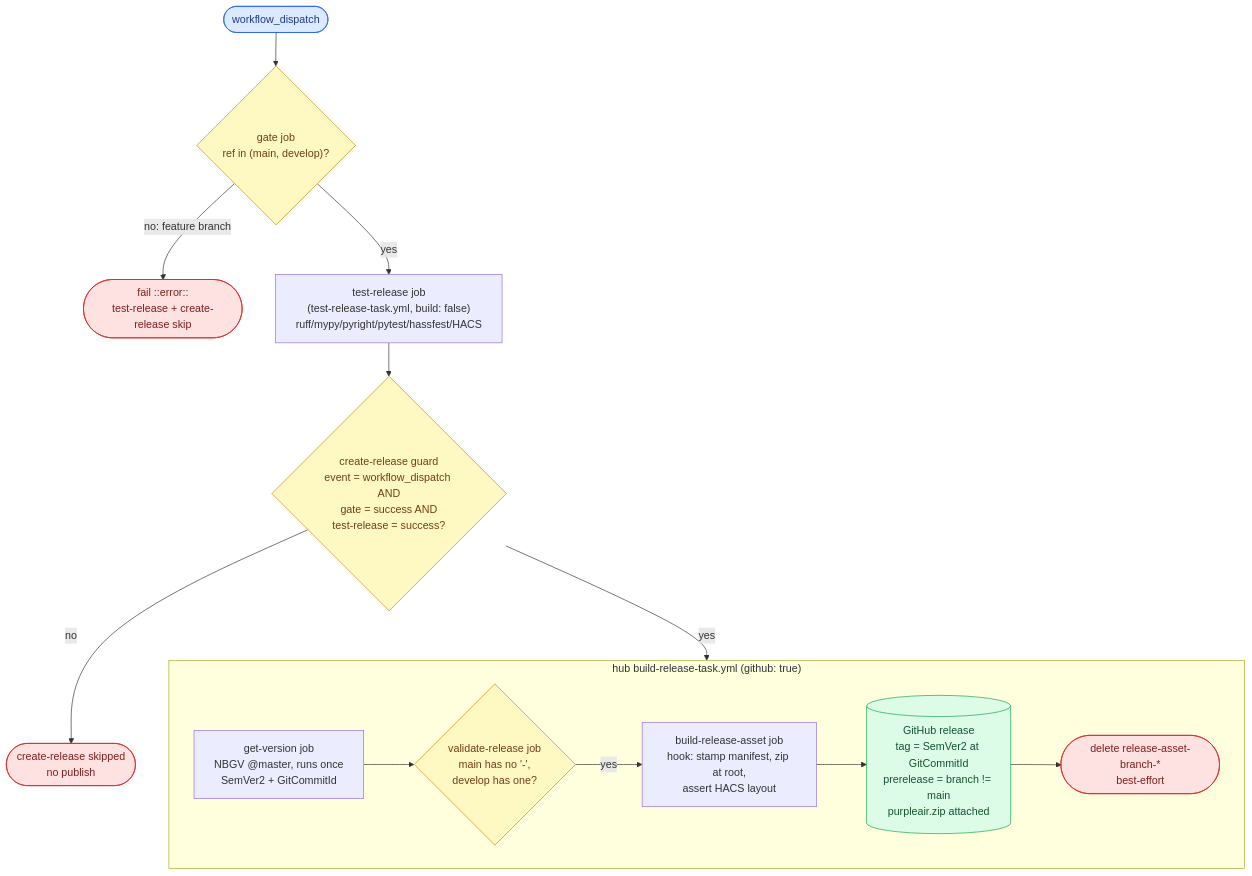
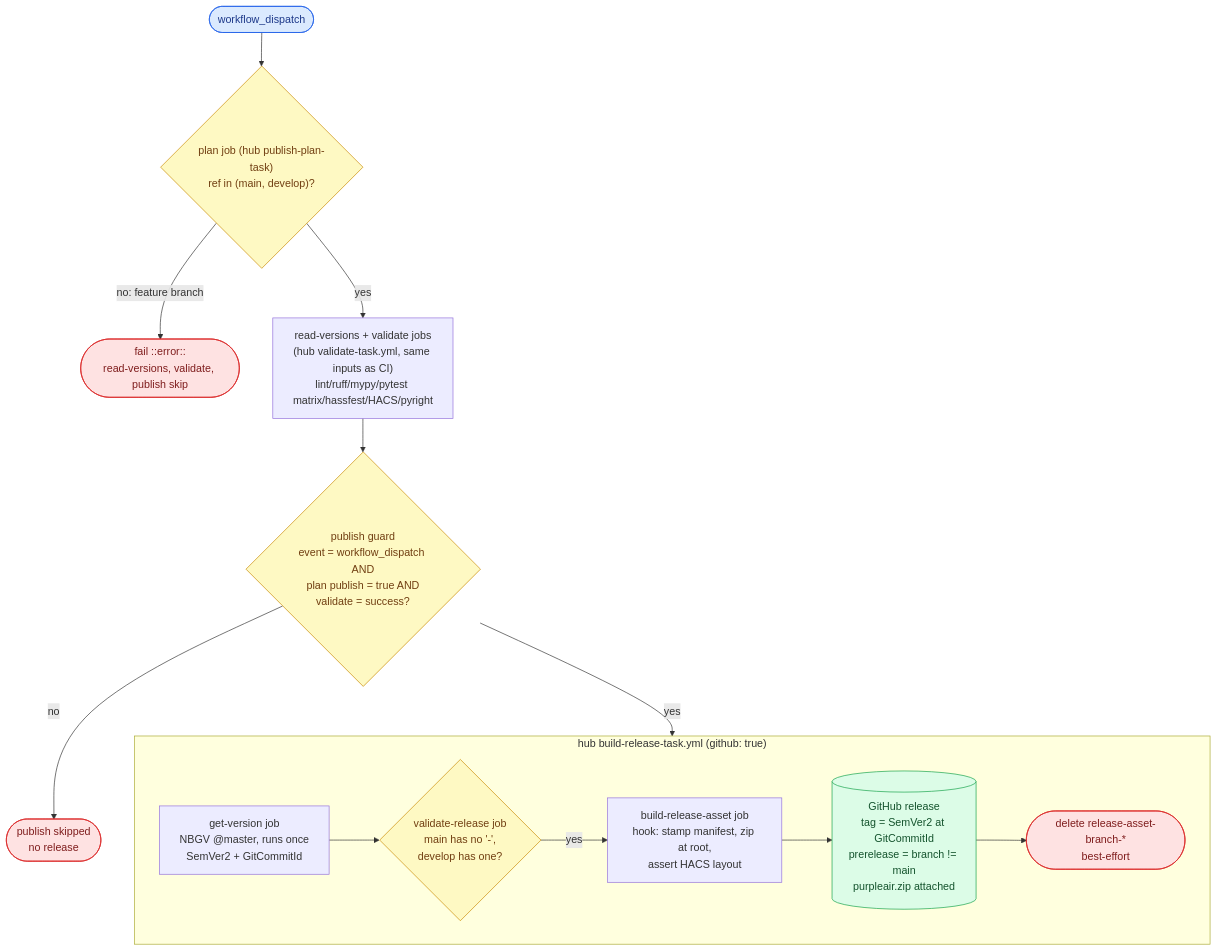
The second of 4 diagrams in WORKFLOW.md (ptr727/homeassistant-purpleair), drawn with Mermaid before and after one commit. The commit also changed other lines of this file and 11 other files, not shown here.

First line of the commit message:
Adopt the hub validation gate

````diff
--- a/WORKFLOW.md
+++ b/WORKFLOW.md
@@ -300,19 +311,19 @@
 ```mermaid
 flowchart TD
-    WD(["workflow_dispatch"]):::trig --> GT{"gate job<br/>ref in (main, develop)?"}:::gate
-    GT -- "no: feature branch" --> GX(["fail ::error::<br/>test-release + create-release skip"]):::stop
+    WD(["workflow_dispatch"]):::trig --> GT{"plan job (hub publish-plan-task)<br/>ref in (main, develop)?"}:::gate
+    GT -- "no: feature branch" --> GX(["fail ::error::<br/>read-versions, validate, publish skip"]):::stop
     GT -- "yes" --> TR
-    TR["test-release job<br/>(test-release-task.yml, build: false)<br/>ruff/mypy/pyright/pytest/hassfest/HACS"] --> CG{"create-release guard<br/>event = workflow_dispatch AND<br/>gate = success AND<br/>test-release = success?"}:::gate
-    CG -- "no" --> CSKIP(["create-release skipped<br/>no publish"]):::stop
+    TR["read-versions + validate jobs<br/>(hub validate-task.yml, same inputs as CI)<br/>lint/ruff/mypy/pytest matrix/hassfest/HACS/pyright"] --> CG{"publish guard<br/>event = workflow_dispatch AND<br/>plan publish = true AND<br/>validate = success?"}:::gate
+    CG -- "no" --> CSKIP(["publish skipped<br/>no release"]):::stop
     CG -- "yes" --> BRT
     subgraph BRT ["hub build-release-task.yml (github: true)"]
         GV["get-version job<br/>NBGV @master, runs once<br/>SemVer2 + GitCommitId"] --> VR{"validate-release job<br/>main has no '-',<br/>develop has one?"}:::gate
         VR -- "yes" --> BD["build-release-asset job<br/>hook: stamp manifest, zip at root,<br/>assert HACS layout"]
         BD --> REL[("GitHub release<br/>tag = SemVer2 at GitCommitId<br/>prerelease = branch != main<br/>purpleair.zip attached")]:::pub
         REL --> CL(["delete release-asset-branch-*<br/>best-effort"]):::stop
     end
     classDef trig fill:#dbeafe,stroke:#2563eb,color:#1e3a8a
     classDef gate fill:#fef9c3,stroke:#ca8a04,color:#713f12
     classDef pub fill:#dcfce7,stroke:#16a34a,color:#14532d
     classDef stop fill:#fee2e2,stroke:#dc2626,color:#7f1d1d
 ```
````
